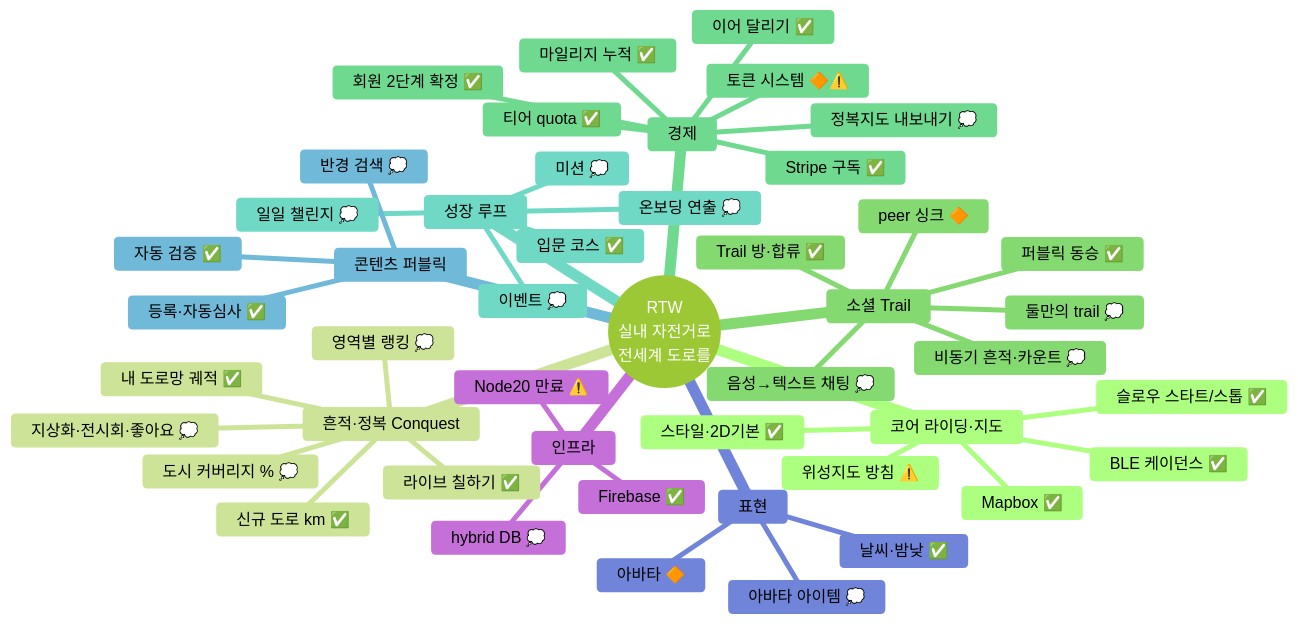
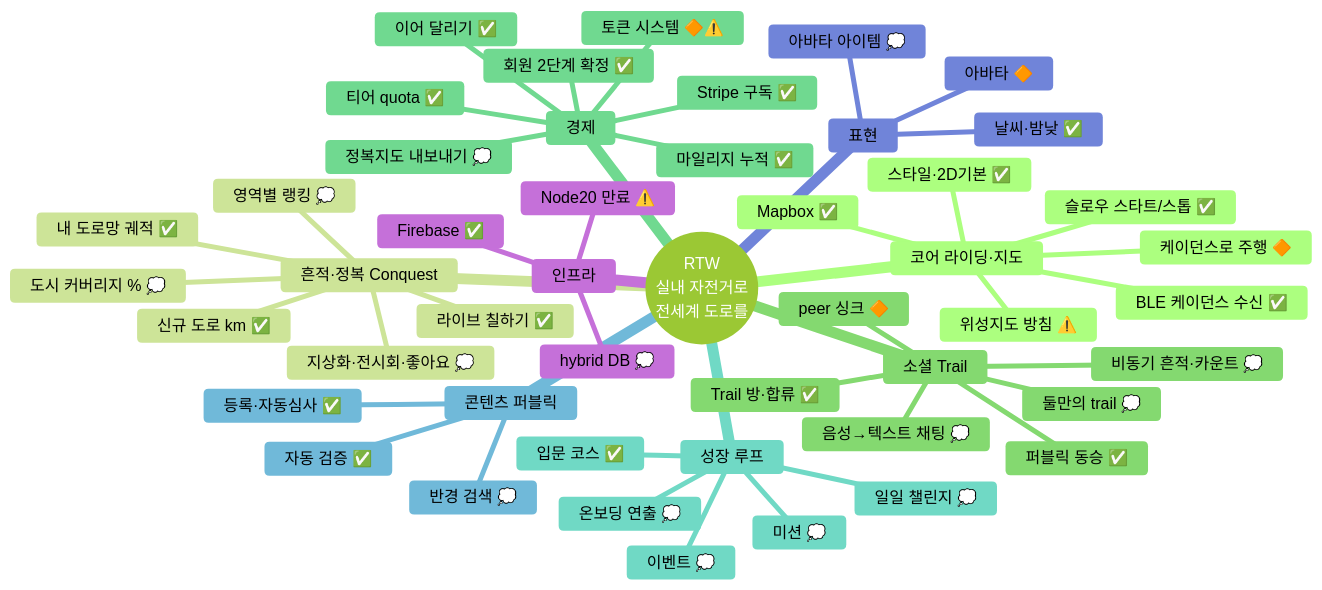
One commit to parkstery/boxcycle changed the diagram in document/260707-RTW-기능-인벤토리-상태보드.md. Above: the diagram before and after it, drawn with Mermaid (forest theme). The commit also changed other lines of this file and 3 other files, not shown here.

````diff
--- a/document/260707-RTW-기능-인벤토리-상태보드.md
+++ b/document/260707-RTW-기능-인벤토리-상태보드.md
@@ -19,50 +19,51 @@
 ```mermaid
 mindmap
   root((RTW<br/>실내 자전거로<br/>전세계 도로를))
     코어 라이딩·지도
       Mapbox ✅
       스타일·2D기본 ✅
       위성지도 방침 ⚠️
       슬로우 스타트/스톱 ✅
-      BLE 케이던스 ✅
+      BLE 케이던스 수신 ✅
+      케이던스로 주행 🔶
     흔적·정복 Conquest
       내 도로망 궤적 ✅
       신규 도로 km ✅
       라이브 칠하기 ✅
       도시 커버리지 % 💭
       지상화·전시회·좋아요 💭
       영역별 랭킹 💭
     소셜 Trail
       Trail 방·합류 ✅
       퍼블릭 동승 ✅
       peer 싱크 🔶
       비동기 흔적·카운트 💭
       둘만의 trail 💭
       음성→텍스트 채팅 💭
     경제
       티어 quota ✅
       이어 달리기 ✅
       Stripe 구독 ✅
       마일리지 누적 ✅
       토큰 시스템 🔶⚠️
       회원 2단계 확정 ✅
       정복지도 내보내기 💭
     성장 루프
       입문 코스 ✅
       온보딩 연출 💭
       미션 💭
       이벤트 💭
       일일 챌린지 💭
     콘텐츠 퍼블릭
       등록·자동심사 ✅
       자동 검증 ✅
       반경 검색 💭
     표현
       날씨·밤낮 ✅
       아바타 🔶
       아바타 아이템 💭
     인프라
       Firebase ✅
       hybrid DB 💭
       Node20 만료 ⚠️
 ```
````
